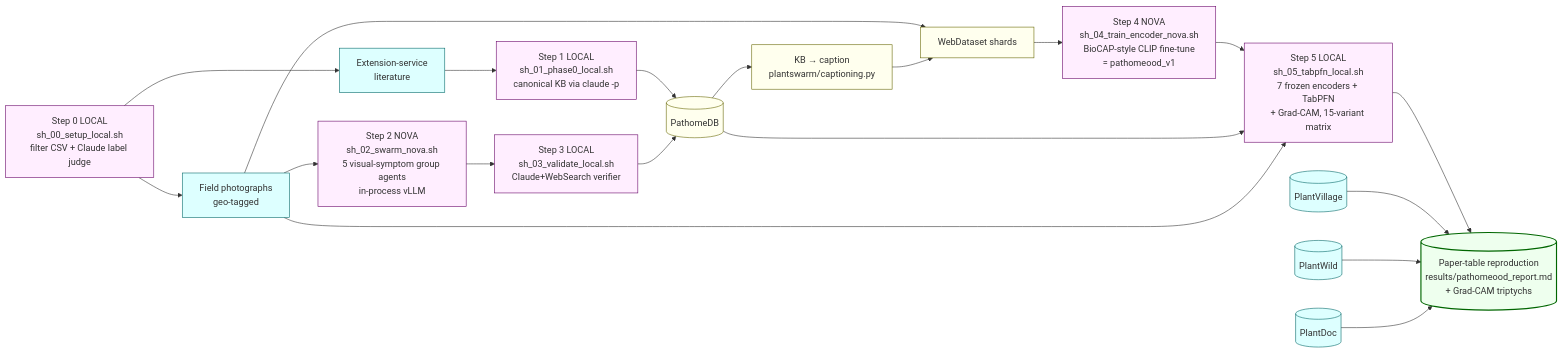
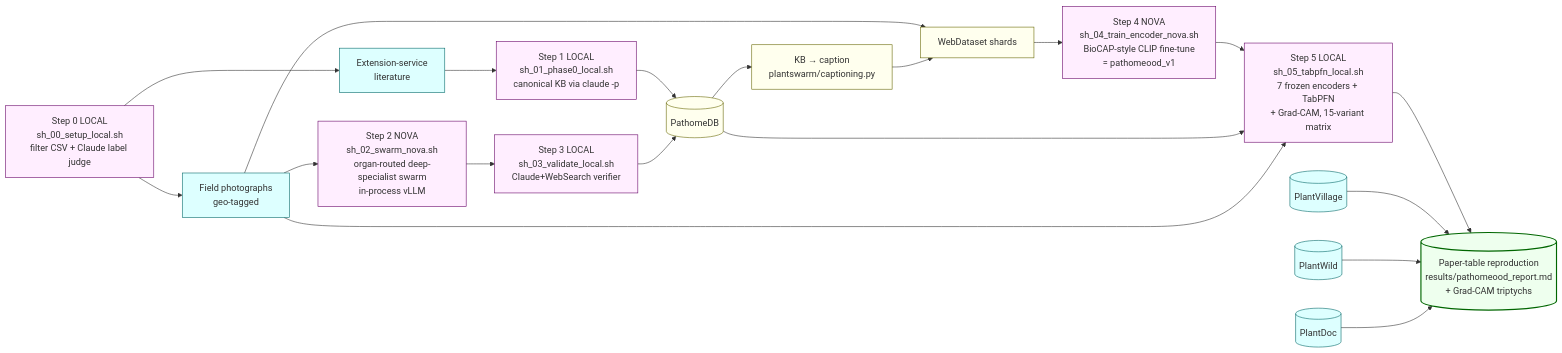
Before and after one commit to tirtho149/PRESAGE: the fifth of 5 diagrams in PIPELINE.md, drawn with Mermaid. The commit also changed other lines of this file and 5 other files, not shown here.

````diff
--- a/PIPELINE.md
+++ b/PIPELINE.md
@@ -592,44 +607,44 @@
 ```mermaid
 flowchart LR
     L[Extension-service<br/>literature]
     F[Field photographs<br/>geo-tagged]
     S0[Step 0 LOCAL<br/>sh_00_setup_local.sh<br/>filter CSV + Claude label judge]
     S1[Step 1 LOCAL<br/>sh_01_phase0_local.sh<br/>canonical KB via claude -p]
-    S2[Step 2 NOVA<br/>sh_02_swarm_nova.sh<br/>5 visual-symptom group agents<br/>in-process vLLM]
+    S2[Step 2 NOVA<br/>sh_02_swarm_nova.sh<br/>organ-routed deep-specialist swarm<br/>in-process vLLM]
     S3[Step 3 LOCAL<br/>sh_03_validate_local.sh<br/>Claude+WebSearch verifier]
     DB[(PathomeDB)]
     CAP[KB → caption<br/>plantswarm/captioning.py]
     SH[WebDataset shards]
     S4[Step 4 NOVA<br/>sh_04_train_encoder_nova.sh<br/>BioCAP-style CLIP fine-tune<br/>= pathomeood_v1]
     S5[Step 5 LOCAL<br/>sh_05_tabpfn_local.sh<br/>7 frozen encoders + TabPFN<br/>+ Grad-CAM, 15-variant matrix]
     PV[(PlantVillage)]
     PW[(PlantWild)]
     PD[(PlantDoc)]
     OUT[(Paper-table reproduction<br/>results/pathomeood_report.md<br/>+ Grad-CAM triptychs)]
 
     S0 --> L
     S0 --> F
     L --> S1 --> DB
     F --> S2 --> S3 --> DB
     DB --> CAP
     F --> SH
     CAP --> SH
     SH --> S4
     S4 --> S5
     DB --> S5
     F --> S5
     S5 --> OUT
     PV --> OUT
     PW --> OUT
     PD --> OUT
 
     classDef src fill:#dff,stroke:#066
     classDef stage fill:#fef,stroke:#606
     classDef kb fill:#ffe,stroke:#660
     classDef eval fill:#fde,stroke:#a06
     classDef out fill:#efe,stroke:#060,stroke-width:2px
     class L,F,PV,PW,PD src
     class S0,S1,S2,S3,S4,S5 stage
     class DB,CAP,SH kb
     class OUT out
 ```
````
